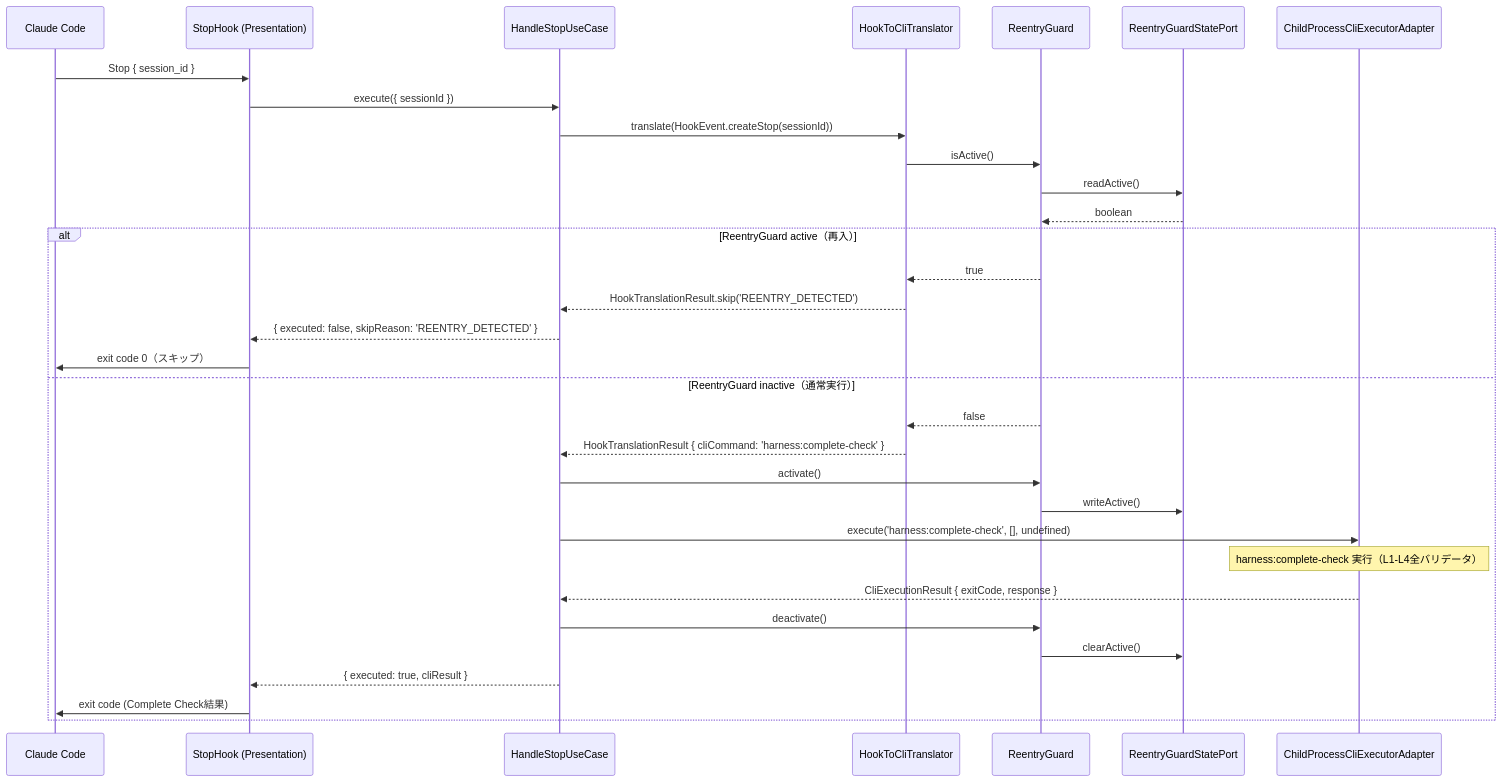
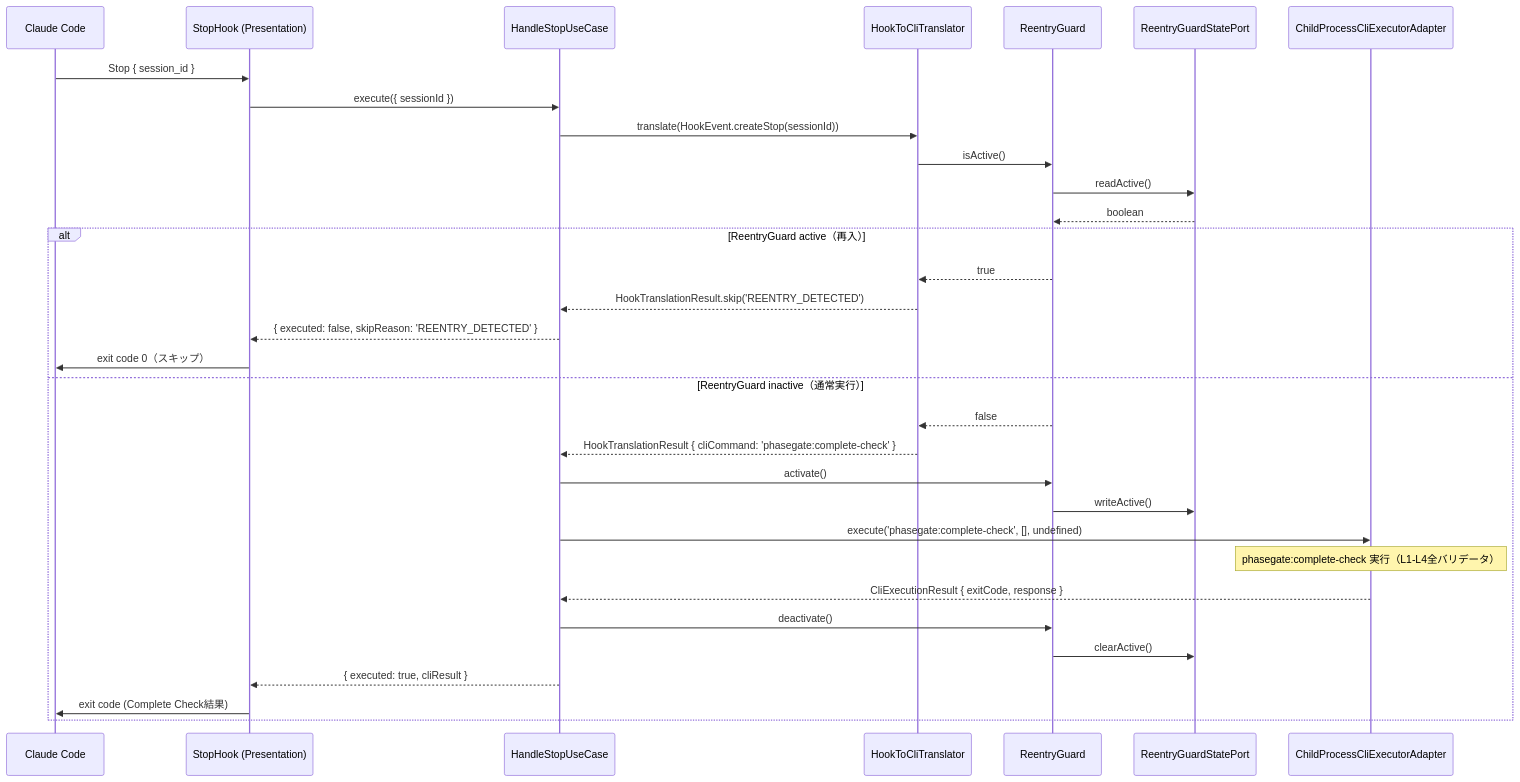
The fourth of 5 diagrams in docs/product/construction/agent-integration/logical_design.md (junpei-9898/phasegate), drawn with Mermaid before and after one commit. The commit also changed other lines of this file and 181 other files, not shown here.

First line of the commit message:
feat: v0.16.0 — CLI コマンド名を harness から phasegate にリネーム

````diff
--- a/docs/product/construction/agent-integration/logical_design.md
+++ b/docs/product/construction/agent-integration/logical_design.md
@@ -1306,35 +1306,35 @@
 ```mermaid
 sequenceDiagram
     participant CC as Claude Code
     participant SH as StopHook (Presentation)
     participant UC as HandleStopUseCase
     participant TR as HookToCliTranslator
     participant RG as ReentryGuard
     participant RSP as ReentryGuardStatePort
     participant CLI as ChildProcessCliExecutorAdapter
 
     CC->>SH: Stop { session_id }
     SH->>UC: execute({ sessionId })
     UC->>TR: translate(HookEvent.createStop(sessionId))
     TR->>RG: isActive()
     RG->>RSP: readActive()
     RSP-->>RG: boolean
     alt ReentryGuard active（再入）
         RG-->>TR: true
         TR-->>UC: HookTranslationResult.skip('REENTRY_DETECTED')
         UC-->>SH: { executed: false, skipReason: 'REENTRY_DETECTED' }
         SH->>CC: exit code 0（スキップ）
     else ReentryGuard inactive（通常実行）
         RG-->>TR: false
-        TR-->>UC: HookTranslationResult { cliCommand: 'harness:complete-check' }
+        TR-->>UC: HookTranslationResult { cliCommand: 'phasegate:complete-check' }
         UC->>RG: activate()
         RG->>RSP: writeActive()
-        UC->>CLI: execute('harness:complete-check', [], undefined)
-        note over CLI: harness:complete-check 実行（L1-L4全バリデータ）
+        UC->>CLI: execute('phasegate:complete-check', [], undefined)
+        note over CLI: phasegate:complete-check 実行（L1-L4全バリデータ）
         CLI-->>UC: CliExecutionResult { exitCode, response }
         UC->>RG: deactivate()
         RG->>RSP: clearActive()
         UC-->>SH: { executed: true, cliResult }
         SH->>CC: exit code (Complete Check結果)
     end
 ```
````
